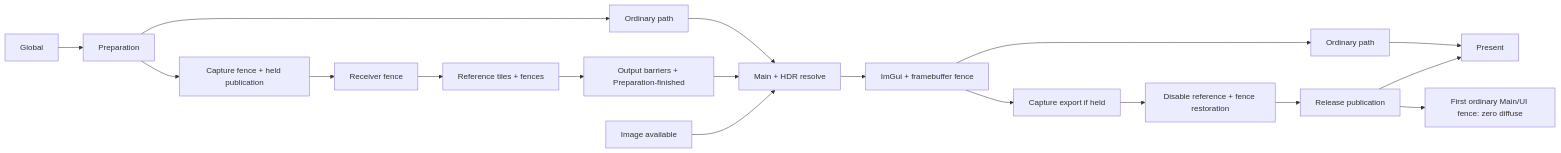
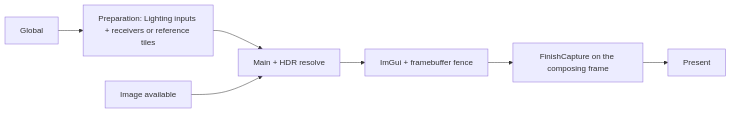
One commit to DougTanner/BrokenEngine changed the fifth of 9 diagrams in Documents/Architecture/FrameUpdatePipeline.md. Above: the diagram before and after it, drawn with Mermaid. The commit also changed other lines of this file and 95 other files, not shown here.

````diff
--- a/Documents/Architecture/FrameUpdatePipeline.md
+++ b/Documents/Architecture/FrameUpdatePipeline.md
@@ -110,14 +111,9 @@
 ```mermaid
 %%{init: {'theme': 'default'}}%%
 flowchart LR
-    global["Global"] --> preparation["Preparation"]
-    preparation --> ordinary["Ordinary path"] --> main["Main + HDR resolve"]
-    preparation --> held["Capture fence + held publication"]
-    held --> receiver["Receiver fence"] --> tiles["Reference tiles + fences"]
-    tiles --> ready["Output barriers + Preparation-finished"] --> main
+    global["Global"] --> preparation["Preparation: Lighting inputs + receivers or reference tiles"]
+    preparation --> main["Main + HDR resolve"]
     acquired["Image available"] --> main
     main --> ui["ImGui + framebuffer fence"]
-    ui --> live["Ordinary path"] --> present["Present"]
-    ui --> export["Capture export if held"] --> invalidate["Disable reference + fence restoration"] --> release["Release publication"] --> present
-    release --> resume["First ordinary Main/UI fence: zero diffuse"]
+    ui --> export["FinishCapture on the composing frame"] --> present["Present"]
 ```
````
